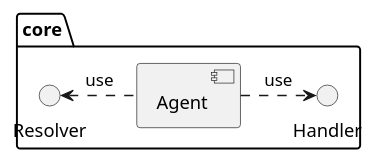
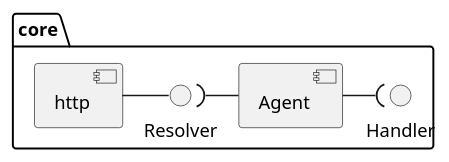
Before and after one commit to csocquet/route53-dyndns-agent: the diagram in components.puml, drawn with PlantUML. The commit also changed 5 other files, not shown here.

Commit message:
Core HttpResolver

```diff
--- a/components.puml
+++ b/components.puml
@@ -1,8 +1,15 @@
 @startuml
 'https://plantuml.com/component-diagram
 
 package core {
-     Resolver <. [Agent] : use
-    [Agent] .> Handler : use
+    component Agent
+    interface Resolver
+    interface Handler
+
+    Resolver )- Agent
+    Agent -( Handler
+
+    component http
+    http - Resolver
 }
 @enduml
```
